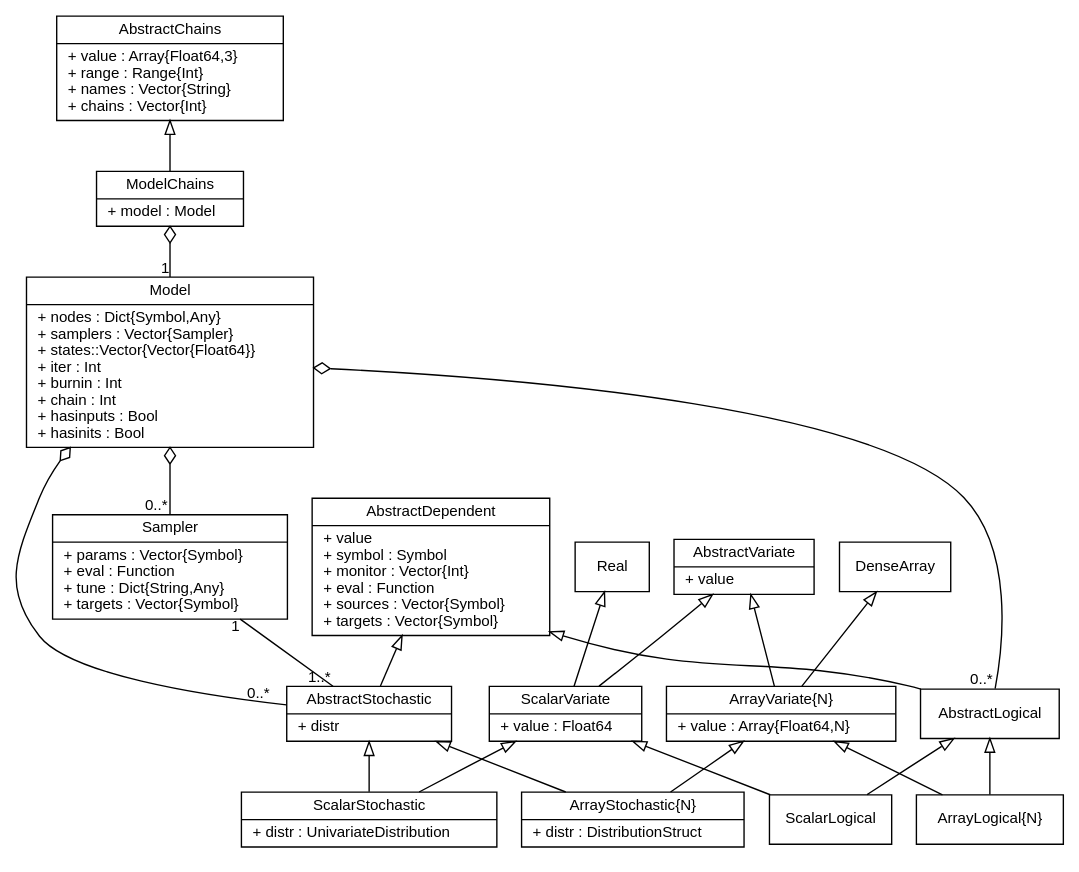
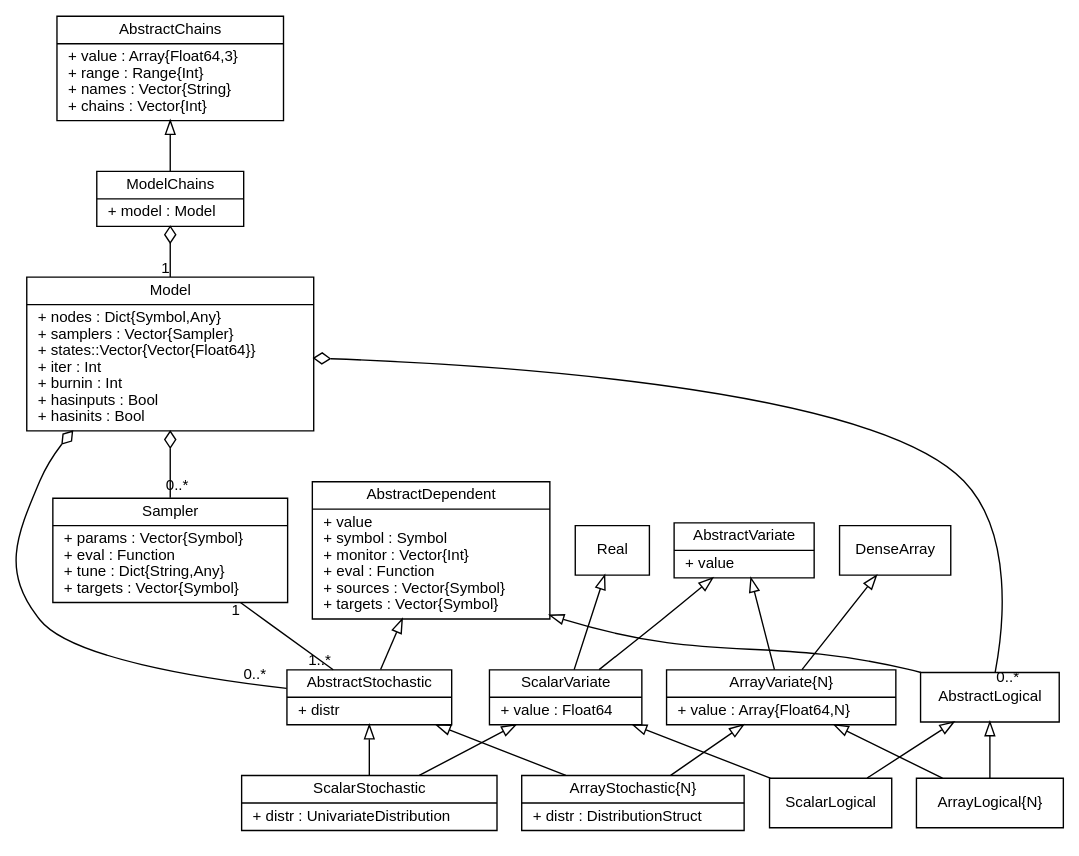
One commit to brian-j-smith/Mamba.jl changed the diagram in doc/images/mcmcUML.dot. Above: the diagram before and after it, drawn with Graphviz. The commit also changed 4 other files, not shown here.

Commit message:
Remove chain field from Model type.

```diff
--- a/doc/images/mcmcUML.dot
+++ b/doc/images/mcmcUML.dot
@@ -1,66 +1,66 @@
 graph MCMC {
     fontname = "Helvetica"
     fontsize = 11
     splines = true
     overlap = false
 
     node [fontname = "Helvetica", fontsize = 11, shape = record]
 
     edge [fontname = "Helvetica", fontsize = 11, dir = both, arrowtail = none, arrowhead = none]
 
     Real [label = "{Real}", pos="315,610"]
 
     DenseArray [label = "{DenseArray}", pos="324,570"]
 
     AbstractDependent [label = "{AbstractDependent|+ value\l+ symbol : Symbol\l+ monitor : Vector\{Int\}\l+ eval : Function\l+ sources : Vector\{Symbol\}\l+ targets : Vector\{Symbol\}\l}", pos="275,425"]
 
     AbstractLogical [label = "{AbstractLogical}", pos="75,425"]
 
     AbstractStochastic [label = "{AbstractStochastic|+ distr\l}", pos="495,425"]
 
     AbstractVariate [label = "{AbstractVariate|+ value\l}", pos="230,590"]
 
     ArrayLogical [label = "{ArrayLogical\{N\}}", pos="125,515"]
 
     ArrayStochastic [label = "{ArrayStochastic\{N\}|+ distr : DistributionStruct\l}", pos="425,515"]
 
     ArrayVariate [label = "{ArrayVariate\{N\}|+ value : Array\{Float64,N\}\l}", pos="275,515"]
 
     ScalarLogical [label = "{ScalarLogical}", pos="25,515"]
 
     ScalarStochastic [label = "{ScalarStochastic|+ distr : UnivariateDistribution\l}", pos="575,515"]
 
     ScalarVariate [label = "{ScalarVariate|+ value : Float64\l}", pos="275,665"]
 
-    Model [label = "{Model|+ nodes : Dict\{Symbol,Any\}\l+ samplers : Vector\{Sampler\}\l+ states::Vector\{Vector\{Float64\}\}\l+ iter : Int\l+ burnin : Int\l+ chain : Int\l+ hasinputs : Bool\l+ hasinits : Bool\l}", pos="275,295"]
+    Model [label = "{Model|+ nodes : Dict\{Symbol,Any\}\l+ samplers : Vector\{Sampler\}\l+ states::Vector\{Vector\{Float64\}\}\l+ iter : Int\l+ burnin : Int\l+ hasinputs : Bool\l+ hasinits : Bool\l}", pos="275,305"]
 
-    Sampler [label = "{Sampler|+ params : Vector\{Symbol\}\l+ eval : Function\l+ tune : Dict\{String,Any\}\l+ targets : Vector\{Symbol\}\l}", pos="495,295"]
+    Sampler [label = "{Sampler|+ params : Vector\{Symbol\}\l+ eval : Function\l+ tune : Dict\{String,Any\}\l+ targets : Vector\{Symbol\}\l}", pos="495,305"]
 
-    AbstractChains  [label = "{AbstractChains|+ value : Array\{Float64,3\}\l+ range : Range\{Int\}\l+ names : Vector\{String\}\l+ chains : Vector\{Int\}\l}", pos="75,330"]
+    AbstractChains  [label = "{AbstractChains|+ value : Array\{Float64,3\}\l+ range : Range\{Int\}\l+ names : Vector\{String\}\l+ chains : Vector\{Int\}\l}", pos="75,340"]
 
-    ModelChains [label = "{ModelChains|+ model : Model\l}", pos="75,250"]
+    ModelChains [label = "{ModelChains|+ model : Model\l}", pos="75,260"]
 
     Real -- ScalarVariate [arrowtail = empty]
     DenseArray -- ArrayVariate [arrowtail = empty]
 
     AbstractChains -- ModelChains [arrowtail = empty]
     AbstractDependent -- AbstractLogical [arrowtail = empty]
     AbstractDependent -- AbstractStochastic [arrowtail = empty]
     AbstractLogical -- ArrayLogical [arrowtail = empty]
     AbstractLogical -- ScalarLogical [arrowtail = empty]
     AbstractStochastic -- ArrayStochastic [arrowtail = empty]
     AbstractStochastic -- ScalarStochastic [arrowtail = empty]
     AbstractVariate -- ArrayVariate [arrowtail = empty]
     AbstractVariate -- ScalarVariate [arrowtail = empty]
     ArrayVariate -- ArrayLogical [arrowtail = empty]
     ArrayVariate -- ArrayStochastic [arrowtail = empty]
     ScalarVariate -- ScalarLogical [arrowtail = empty]
     ScalarVariate -- ScalarStochastic [arrowtail = empty]
 
     Sampler -- AbstractStochastic [taillabel = "1", headlabel = "1..*"]
-    Model -- Sampler [arrowtail = odiamond, headlabel = "0..*"]
-    Model -- AbstractLogical [arrowtail = odiamond, headlabel = "0..*"]
-    Model -- AbstractStochastic [arrowtail = odiamond, headlabel = "0..*", labeldistance = 2.2, labelangle = -15]
+    Model -- Sampler [arrowtail = odiamond, headlabel = "0..*", labeldistance = 1.0, labelangle = -30]
+    Model -- AbstractLogical [arrowtail = odiamond, headlabel = "0..*", labeldistance = 1.0, labelangle = -105]
+    Model -- AbstractStochastic [arrowtail = odiamond, headlabel = "0..*", labeldistance = 2.5, labelangle = -15]
     ModelChains -- Model [arrowtail = odiamond, headlabel = "1"]
 
 }
```
